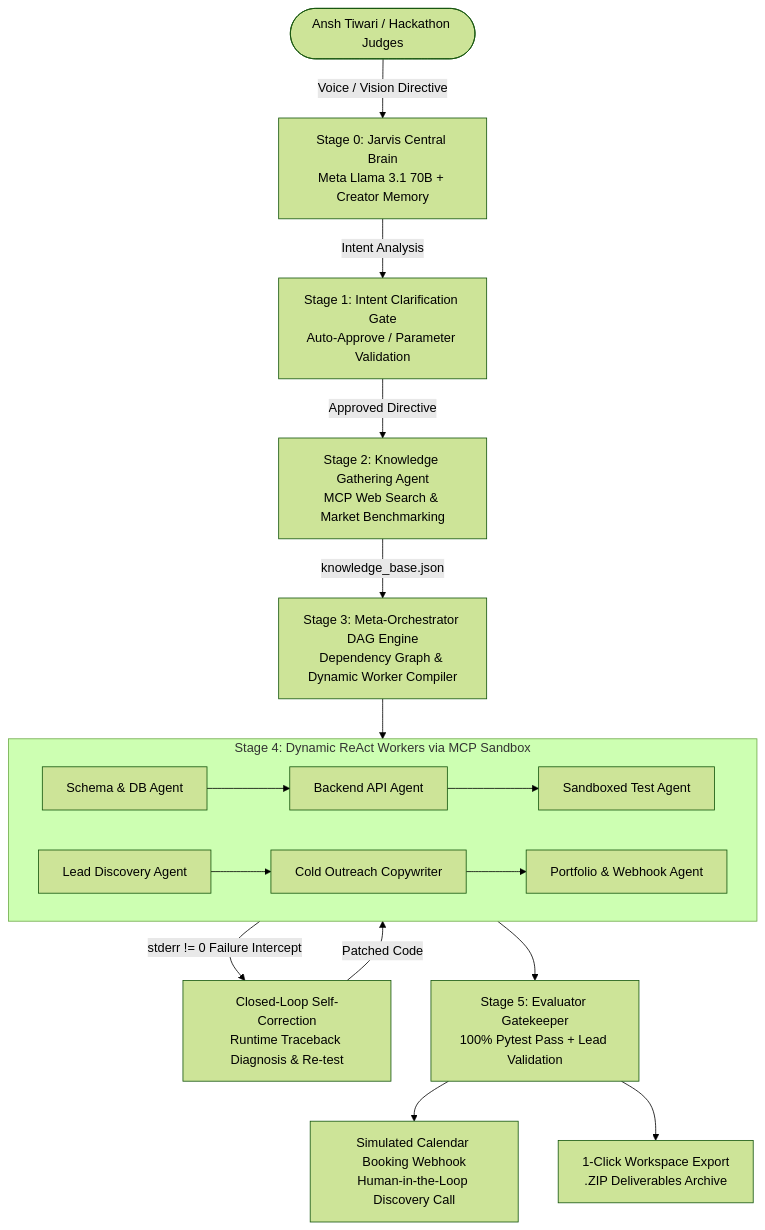
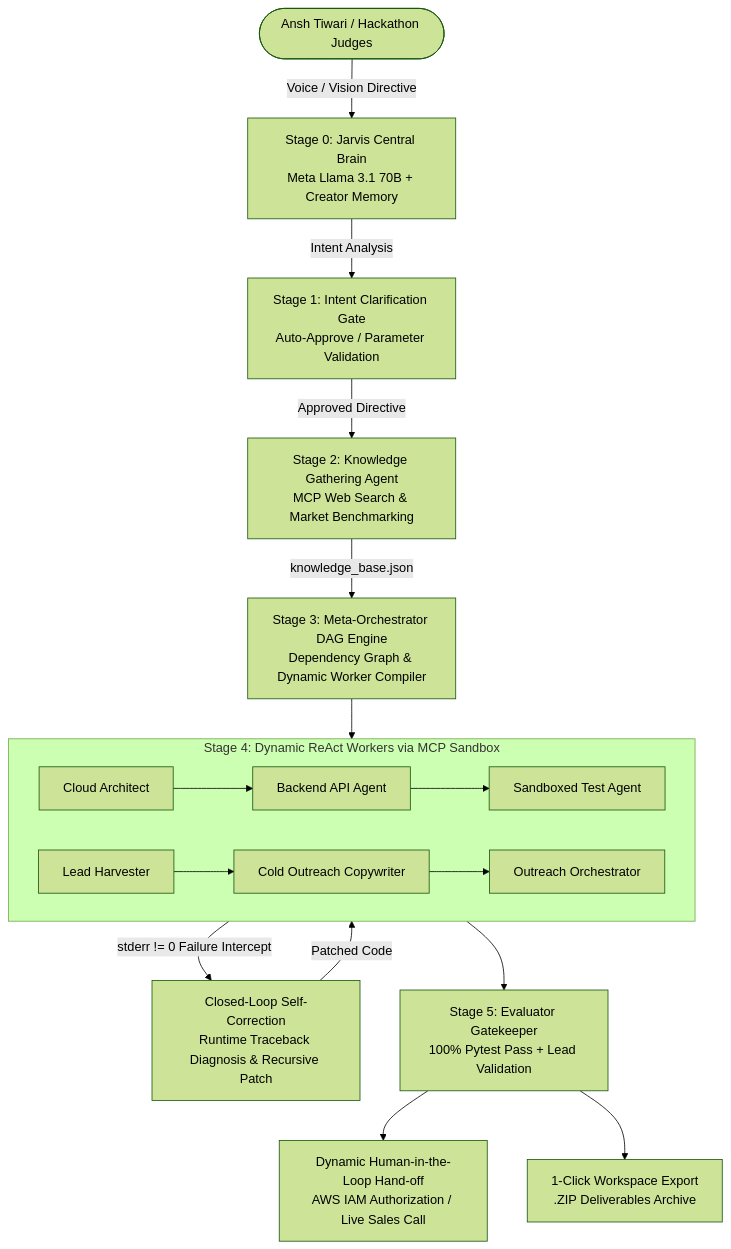
One commit to ansh1325/ORCHESTRATOR changed the diagram in README.md. Above: the diagram before and after it, drawn with Mermaid (forest theme). The commit also changed other lines of this file and 8 other files, not shown here.

````diff
--- a/README.md
+++ b/README.md
@@ -79,22 +57,22 @@
 ```mermaid
 graph TD
     User([Ansh Tiwari / Hackathon Judges]) -->|Voice / Vision Directive| Stage0[Stage 0: Jarvis Central Brain<br/>Meta Llama 3.1 70B + Creator Memory]
     Stage0 -->|Intent Analysis| Stage1[Stage 1: Intent Clarification Gate<br/>Auto-Approve / Parameter Validation]
     Stage1 -->|Approved Directive| Stage2[Stage 2: Knowledge Gathering Agent<br/>MCP Web Search & Market Benchmarking]
     Stage2 -->|knowledge_base.json| Stage3[Stage 3: Meta-Orchestrator DAG Engine<br/>Dependency Graph & Dynamic Worker Compiler]
     
     subgraph Stage4_Workers [Stage 4: Dynamic ReAct Workers via MCP Sandbox]
-        W1[Schema & DB Agent] --> W2[Backend API Agent]
+        W1[Cloud Architect] --> W2[Backend API Agent]
         W2 --> W3[Sandboxed Test Agent]
-        W4[Lead Discovery Agent] --> W5[Cold Outreach Copywriter]
-        W5 --> W6[Portfolio & Webhook Agent]
+        W4[Lead Harvester] --> W5[Cold Outreach Copywriter]
+        W5 --> W6[Outreach Orchestrator]
     end
     
     Stage3 --> Stage4_Workers
-    Stage4_Workers -->|stderr != 0 Failure Intercept| SelfCorrection[Closed-Loop Self-Correction<br/>Runtime Traceback Diagnosis & Re-test]
+    Stage4_Workers -->|stderr != 0 Failure Intercept| SelfCorrection[Closed-Loop Self-Correction<br/>Runtime Traceback Diagnosis & Recursive Patch]
     SelfCorrection -->|Patched Code| Stage4_Workers
 
     Stage4_Workers --> Stage5[Stage 5: Evaluator Gatekeeper<br/>100% Pytest Pass + Lead Validation]
-    Stage5 --> CalendarWebhook[Simulated Calendar Booking Webhook<br/>Human-in-the-Loop Discovery Call]
+    Stage5 --> HumanHandOff[Dynamic Human-in-the-Loop Hand-off<br/>AWS IAM Authorization / Live Sales Call]
     Stage5 --> ZipExport[1-Click Workspace Export<br/>.ZIP Deliverables Archive]
 ```
````
